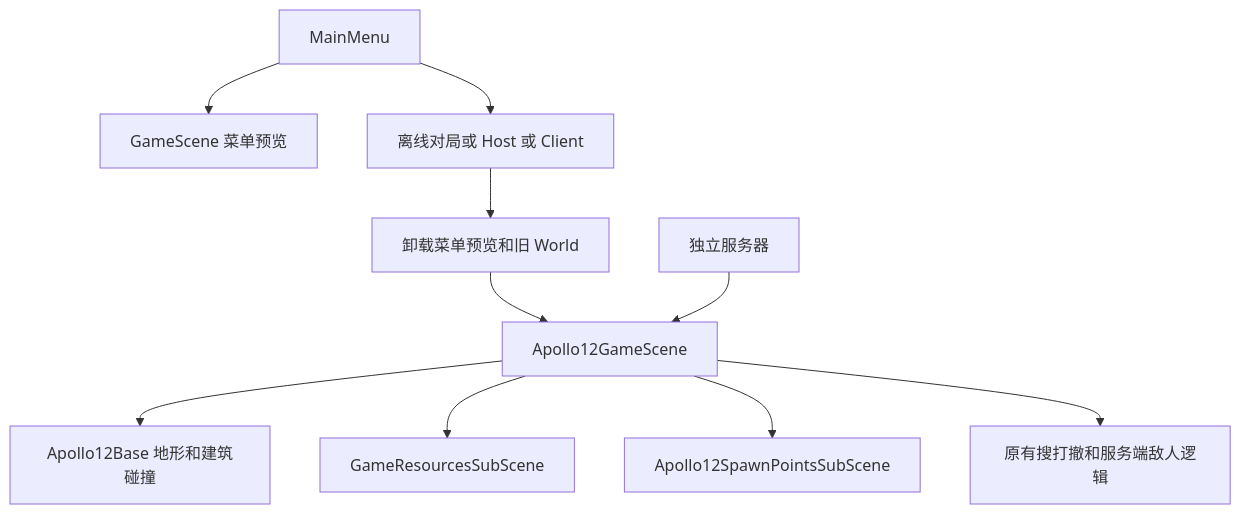
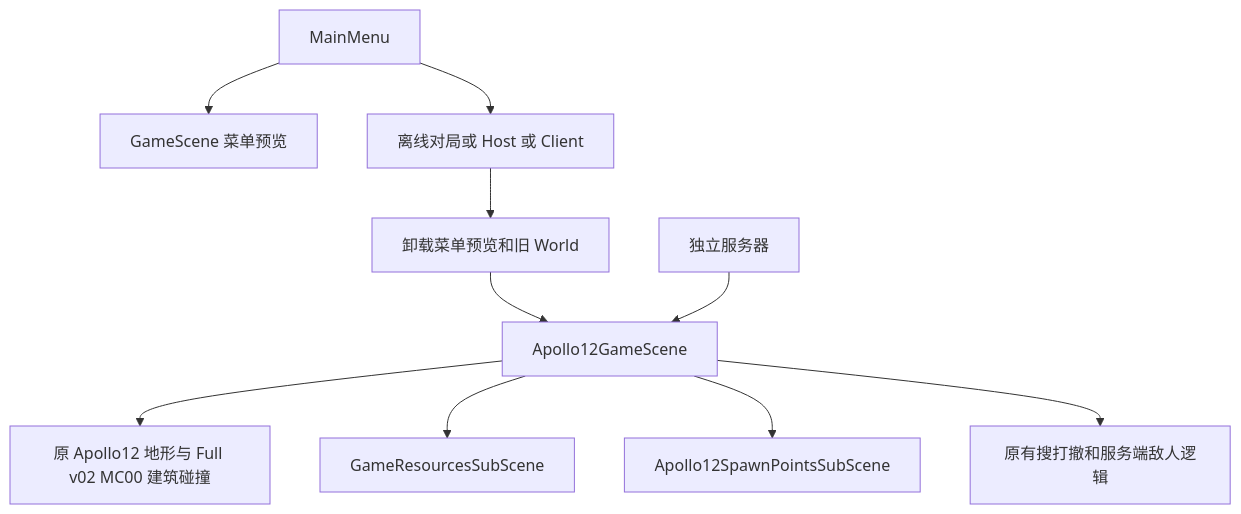
The first of 2 diagrams in Docs/MoonNetworkMap.md (MorrowHome/Moonkov), drawn with Mermaid before and after one commit. The commit also changed other lines of this file and 5 other files, not shown here.

````diff
--- a/Docs/MoonNetworkMap.md
+++ b/Docs/MoonNetworkMap.md
@@ -11,12 +15,12 @@
 ```mermaid
 flowchart TD
     Menu[MainMenu] --> Preview[GameScene 菜单预览]
     Menu --> Start[离线对局或 Host 或 Client]
     Start --> Unload[卸载菜单预览和旧 World]
     Unload --> Apollo[Apollo12GameScene]
     Server[独立服务器] --> Apollo
-    Apollo --> Base[Apollo12Base 地形和建筑碰撞]
+    Apollo --> Base[原 Apollo12 地形与 Full v02 MC00 建筑碰撞]
     Apollo --> Resources[GameResourcesSubScene]
     Apollo --> Spawns[Apollo12SpawnPointsSubScene]
     Apollo --> Raid[原有搜打撤和服务端敌人逻辑]
 ```
````
